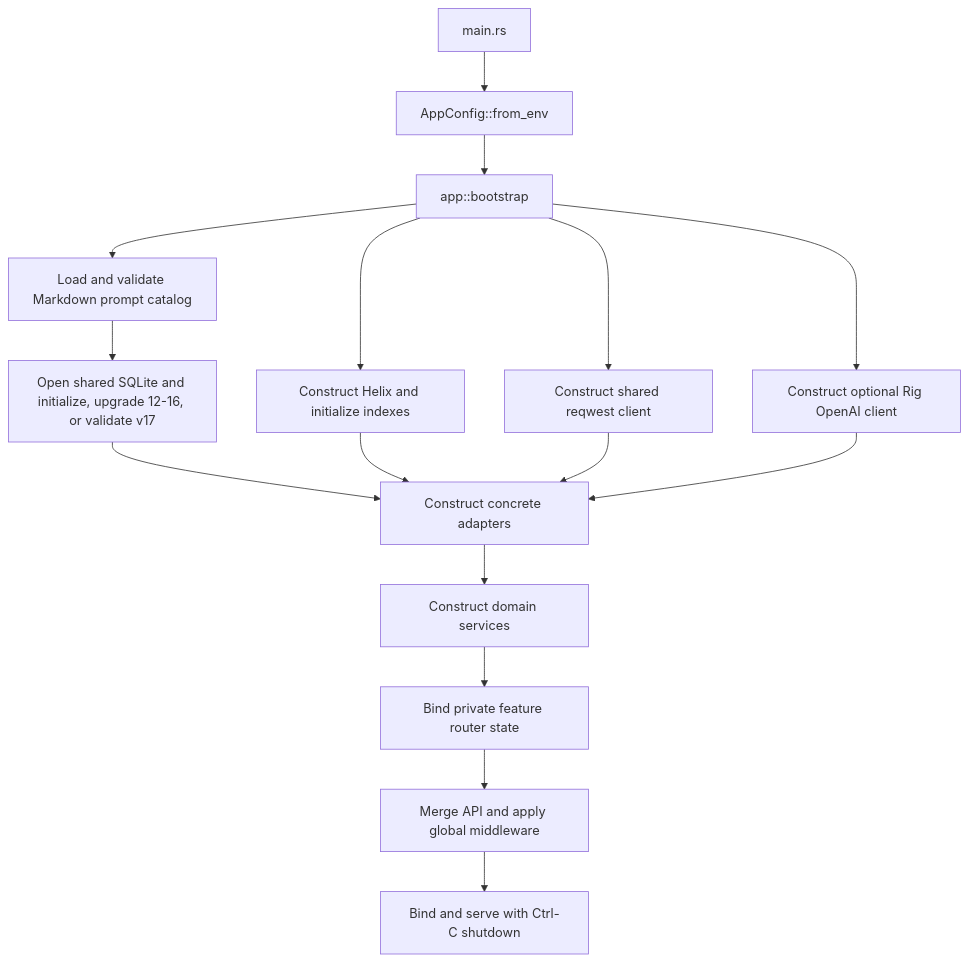
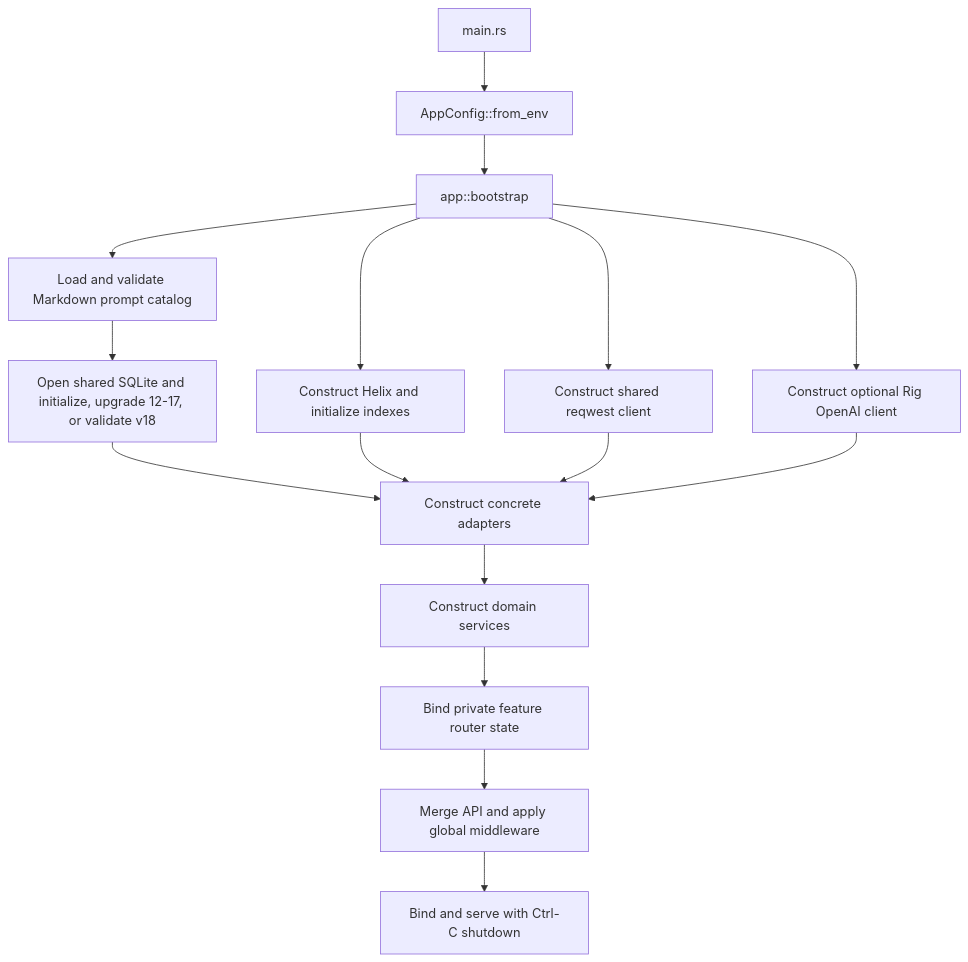
One commit to ratik-gambhir-WM/Quarry changed the second of 3 diagrams in docs/ARCHITECTURE.md. Above: the diagram before and after it, drawn with Mermaid. The commit also changed other lines of this file and 69 other files, not shown here.

````diff
--- a/docs/ARCHITECTURE.md
+++ b/docs/ARCHITECTURE.md
@@ -1423,18 +1453,18 @@
 ```mermaid
 flowchart TD
     Main[main.rs] --> Config[AppConfig::from_env]
     Config --> Bootstrap[app::bootstrap]
     Bootstrap --> Prompts[Load and validate Markdown prompt catalog]
-    Prompts --> Sqlite[Open shared SQLite and initialize, upgrade 12-16, or validate v17]
+    Prompts --> Sqlite[Open shared SQLite and initialize, upgrade 12-17, or validate v18]
     Bootstrap --> Helix[Construct Helix and initialize indexes]
     Bootstrap --> Http[Construct shared reqwest client]
     Bootstrap --> Rig[Construct optional Rig OpenAI client]
     Sqlite --> Adapters[Construct concrete adapters]
     Helix --> Adapters
     Http --> Adapters
     Rig --> Adapters
     Adapters --> Domains[Construct domain services]
     Domains --> FeatureRouters[Bind private feature router state]
     FeatureRouters --> Router[Merge API and apply global middleware]
     Router --> Serve[Bind and serve with Ctrl-C shutdown]
 ```
````
